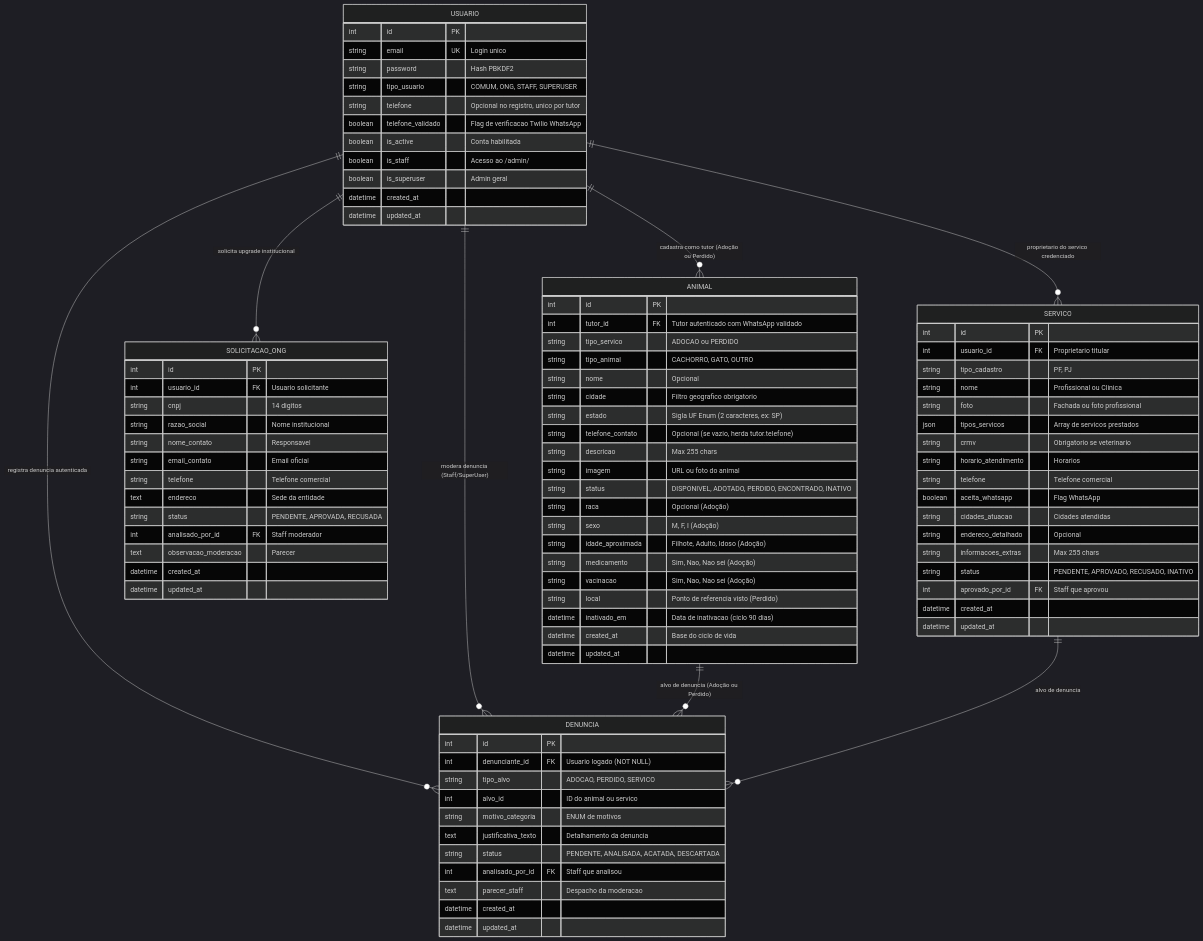
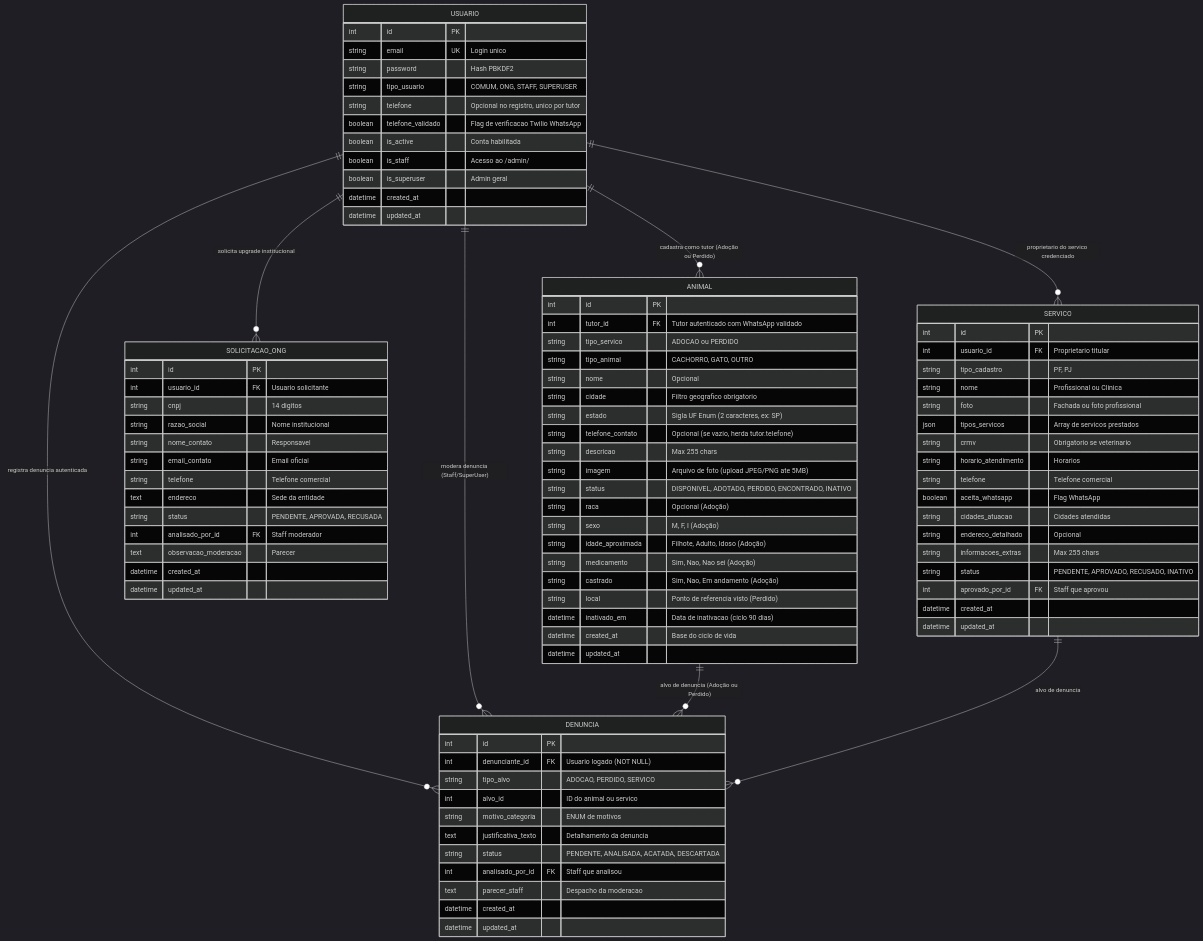
One commit to CristianDiniz/Best_Buddy changed the diagram in vault/06 - Requisitos e Modelagem/05 - Modelagem de Dados e Relacionamentos.md. Above: the diagram before and after it, drawn with Mermaid (dark theme). The commit also changed other lines of this file and 53 other files, not shown here.

Commit message:
feat(animais): upload real de fotos, modal de cadastro responsivo, campo castrado e badges com alto contraste

```diff
--- a/vault/06 - Requisitos e Modelagem/05 - Modelagem de Dados e Relacionamentos.md
+++ b/vault/06 - Requisitos e Modelagem/05 - Modelagem de Dados e Relacionamentos.md
@@ -66,13 +66,13 @@
         string estado "Sigla UF Enum (2 caracteres, ex: SP)"
         string telefone_contato "Opcional (se vazio, herda tutor.telefone)"
         string descricao "Max 255 chars"
-        string imagem "URL ou foto do animal"
+        string imagem "Arquivo de foto (upload JPEG/PNG ate 5MB)"
         string status "DISPONIVEL, ADOTADO, PERDIDO, ENCONTRADO, INATIVO"
         string raca "Opcional (Adoção)"
         string sexo "M, F, I (Adoção)"
         string idade_aproximada "Filhote, Adulto, Idoso (Adoção)"
         string medicamento "Sim, Nao, Nao sei (Adoção)"
-        string vacinacao "Sim, Nao, Nao sei (Adoção)"
+        string castrado "Sim, Nao, Em andamento (Adoção)"
         string local "Ponto de referencia visto (Perdido)"
         datetime inativado_em "Data de inativacao (ciclo 90 dias)"
         datetime created_at "Base do ciclo de vida"
```
